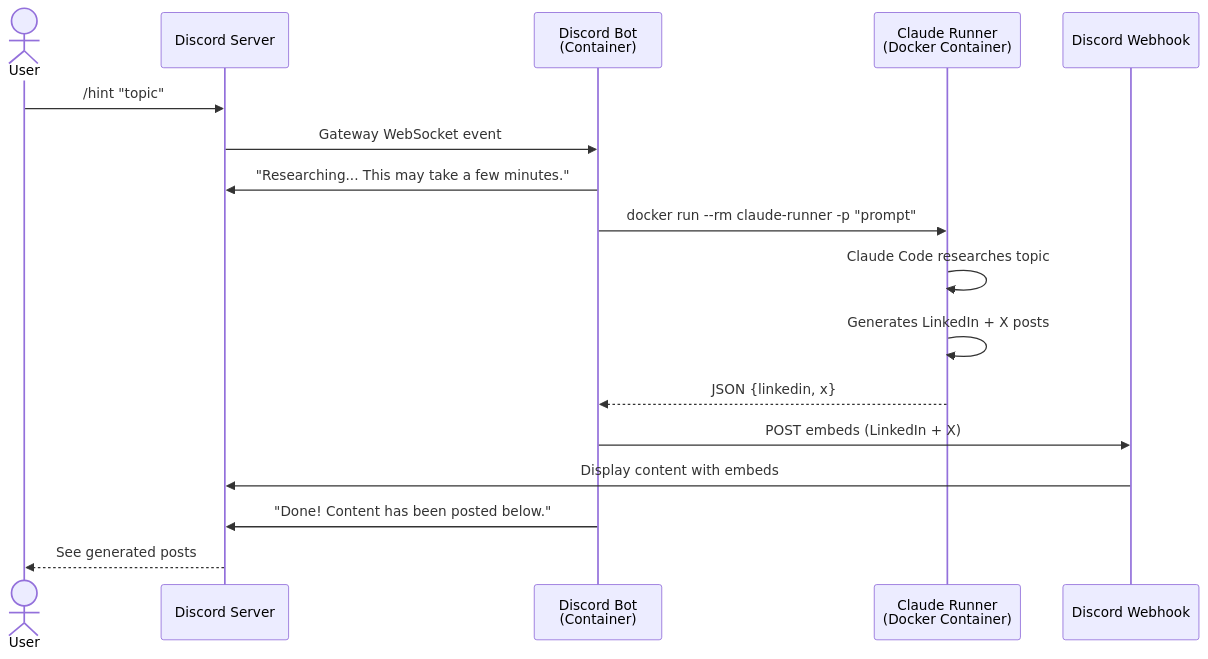
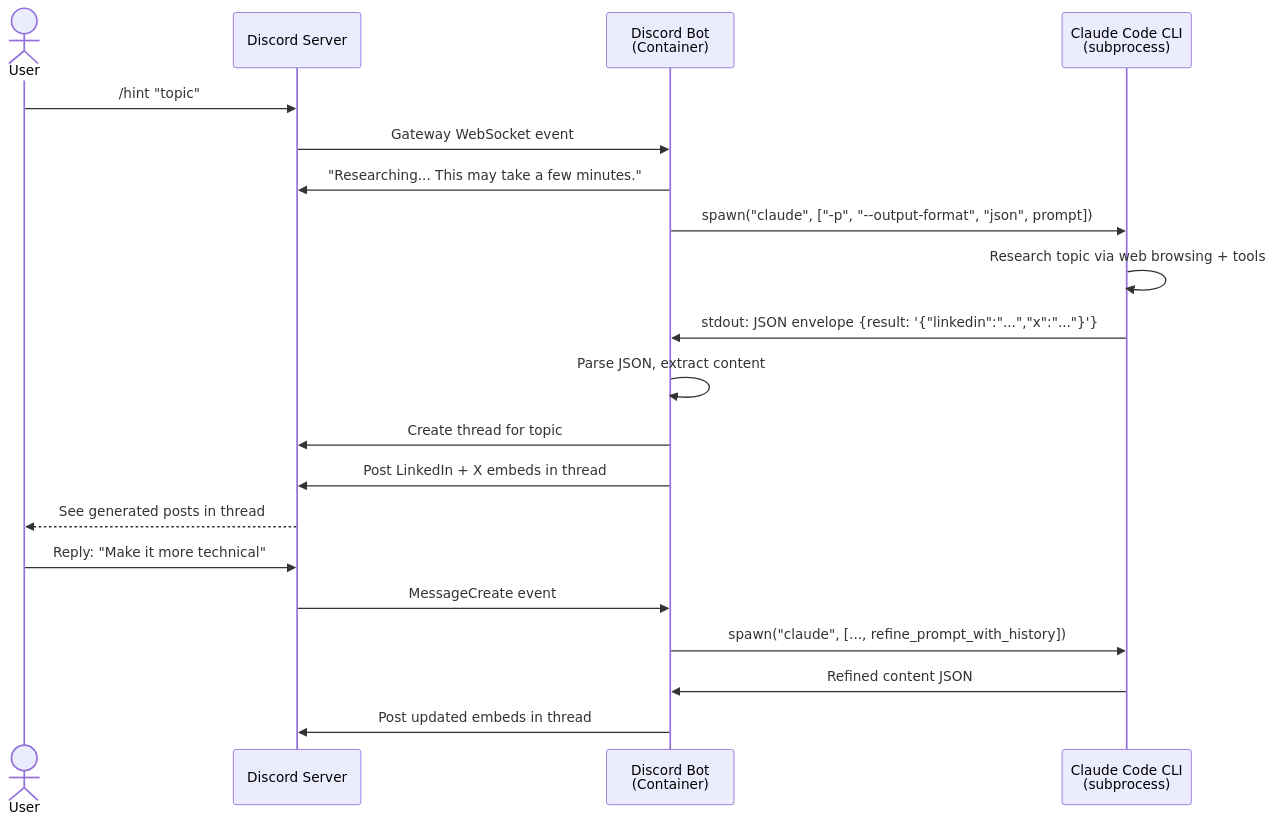
Before and after one commit to traczewskim/social-media-publisher: the diagram in README.md, drawn with Mermaid. The commit also changed other lines of this file and 13 other files, not shown here.

First line of the commit message:
refactor(discord-bot): embed Claude Code CLI in container, add thread-based workflow

````diff
--- a/README.md
+++ b/README.md
@@ -25,20 +25,24 @@
 ```mermaid
 sequenceDiagram
     actor User
     participant Discord as Discord Server
     participant Bot as Discord Bot<br/>(Container)
-    participant Runner as Claude Runner<br/>(Docker Container)
-    participant Webhook as Discord Webhook
+    participant CLI as Claude Code CLI<br/>(subprocess)
 
     User->>Discord: /hint "topic"
     Discord->>Bot: Gateway WebSocket event
     Bot->>Discord: "Researching... This may take a few minutes."
-    Bot->>Runner: docker run --rm claude-runner -p "prompt"
-    Runner->>Runner: Claude Code researches topic
-    Runner->>Runner: Generates LinkedIn + X posts
-    Runner-->>Bot: JSON {linkedin, x}
-    Bot->>Webhook: POST embeds (LinkedIn + X)
-    Webhook->>Discord: Display content with embeds
-    Bot->>Discord: "Done! Content has been posted below."
-    Discord-->>User: See generated posts
+    Bot->>CLI: spawn("claude", ["-p", "--output-format", "json", prompt])
+    CLI->>CLI: Research topic via web browsing + tools
+    CLI->>Bot: stdout: JSON envelope {result: '{"linkedin":"...","x":"..."}'}
+    Bot->>Bot: Parse JSON, extract content
+    Bot->>Discord: Create thread for topic
+    Bot->>Discord: Post LinkedIn + X embeds in thread
+    Discord-->>User: See generated posts in thread
+
+    User->>Discord: Reply: "Make it more technical"
+    Discord->>Bot: MessageCreate event
+    Bot->>CLI: spawn("claude", [..., refine_prompt_with_history])
+    CLI->>Bot: Refined content JSON
+    Bot->>Discord: Post updated embeds in thread
 ```
````
